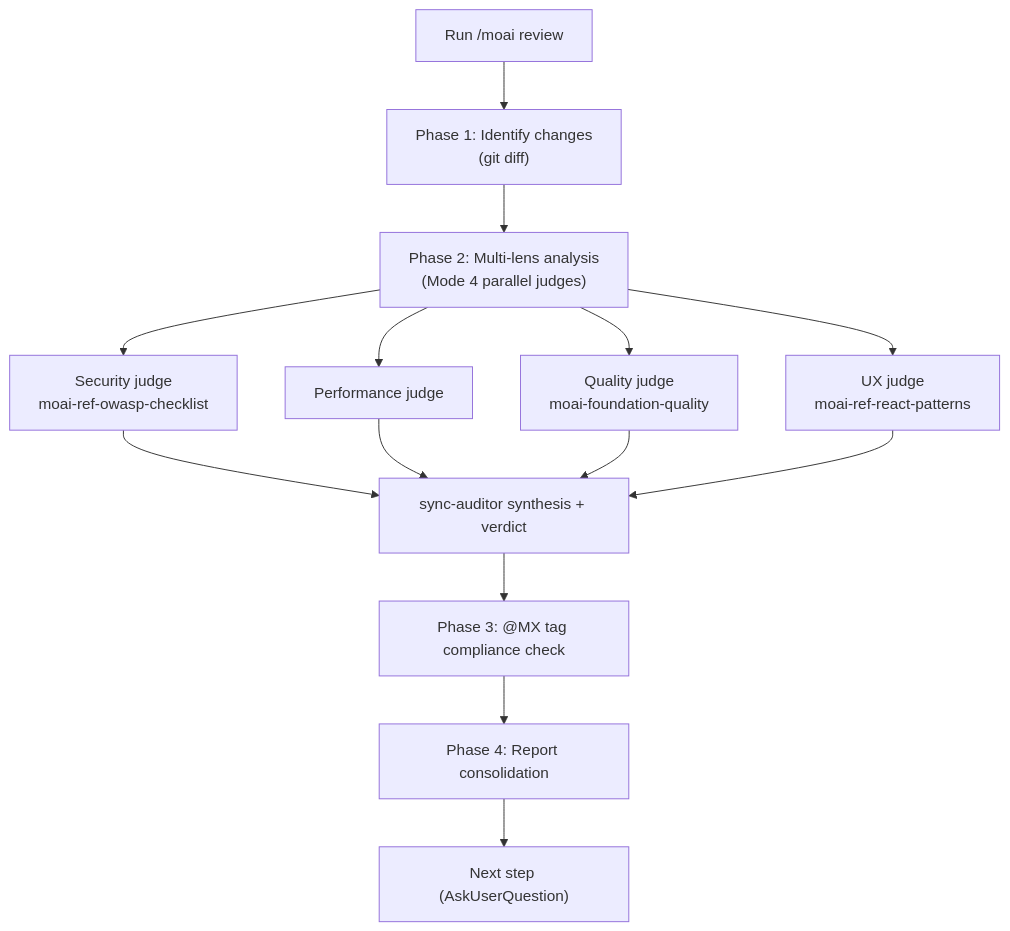
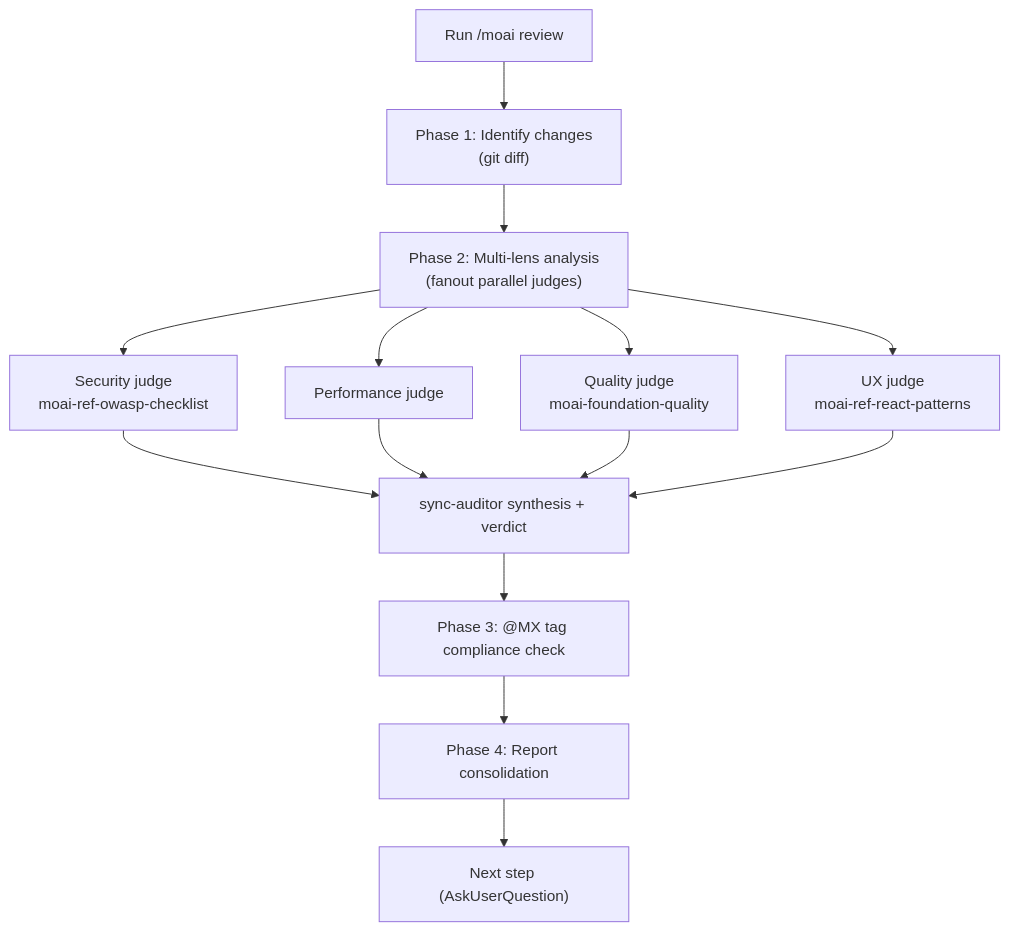
Before and after one commit to modu-ai/moai-adk: the diagram in docs-site/content/en/utility-commands/moai-review.md, drawn with Mermaid. The commit also changed other lines of this file and 80 other files, not shown here.

````diff
--- a/docs-site/content/en/utility-commands/moai-review.md
+++ b/docs-site/content/en/utility-commands/moai-review.md
@@ -36,19 +36,19 @@
 ```mermaid
 flowchart TD
     Start["Run /moai review"] --> Phase1["Phase 1: Identify changes<br/>(git diff)"]
-    Phase1 --> Phase2["Phase 2: Multi-lens analysis<br/>(Mode 4 parallel judges)"]
+    Phase1 --> Phase2["Phase 2: Multi-lens analysis<br/>(fanout parallel judges)"]
 
     Phase2 --> Sec["Security judge<br/>moai-ref-owasp-checklist"]
     Phase2 --> Perf["Performance judge"]
     Phase2 --> Qual["Quality judge<br/>moai-foundation-quality"]
     Phase2 --> UX["UX judge<br/>moai-ref-react-patterns"]
 
     Sec --> Synth["sync-auditor synthesis + verdict"]
     Perf --> Synth
     Qual --> Synth
     UX --> Synth
 
     Synth --> Phase3["Phase 3: @MX tag compliance check"]
     Phase3 --> Phase4["Phase 4: Report consolidation"]
     Phase4 --> Next["Next step (AskUserQuestion)"]
 ```
````
